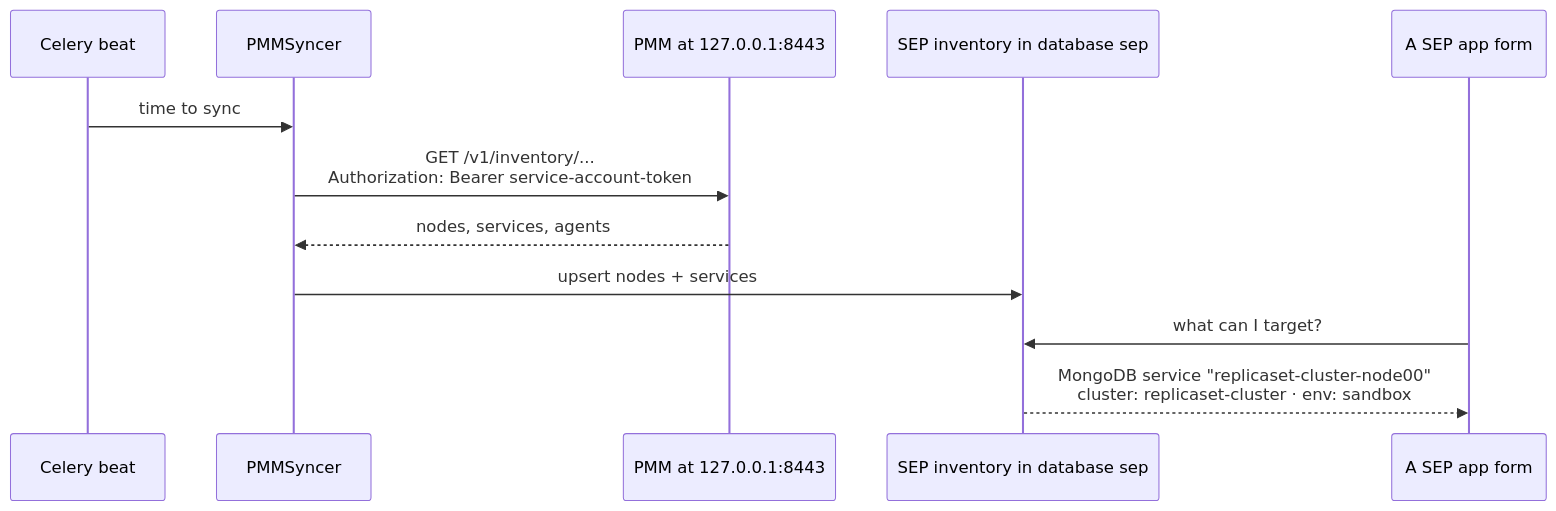
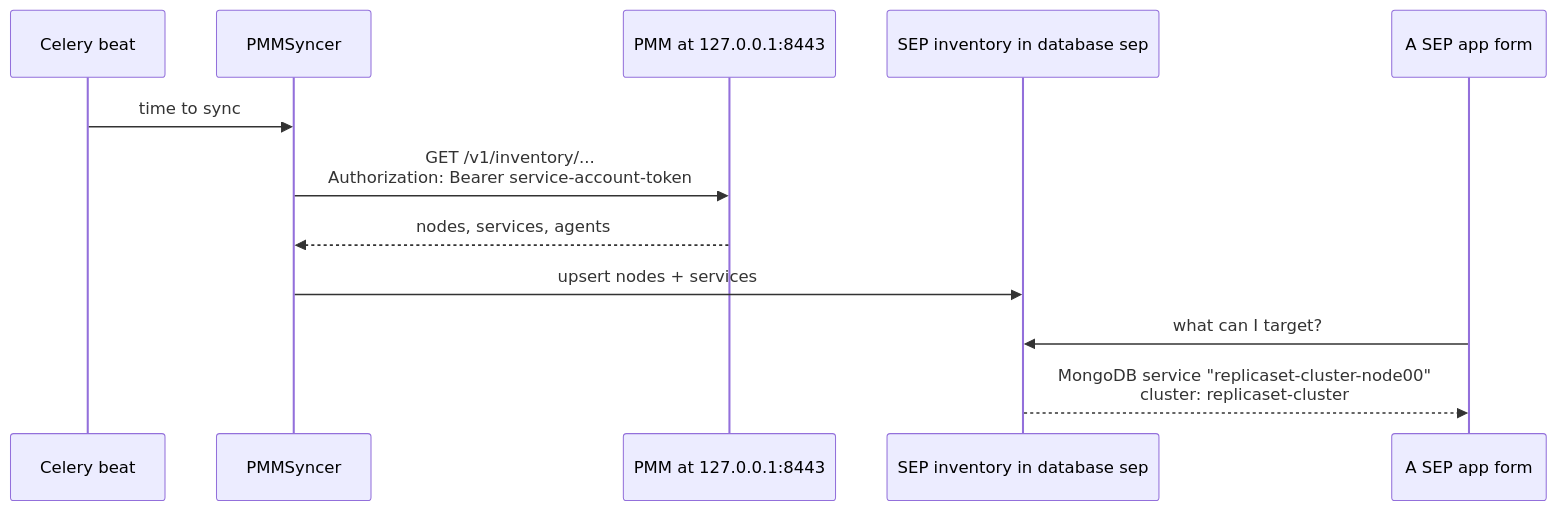
The eighth of 11 diagrams in docs/topology.md (Percona-Lab/pom-workspace), drawn with Mermaid before and after one commit. The commit also changed other lines of this file and 18 other files, not shown here.

````diff
--- a/docs/topology.md
+++ b/docs/topology.md
@@ -627,15 +606,15 @@
 ```mermaid
 sequenceDiagram
     participant C as Celery beat
     participant S as PMMSyncer
     participant P as PMM at 127.0.0.1:8443
     participant DB as SEP inventory in database sep
     participant F as A SEP app form
 
     C->>S: time to sync
     S->>P: GET /v1/inventory/...<br/>Authorization: Bearer service-account-token
     P-->>S: nodes, services, agents
     S->>DB: upsert nodes + services
     F->>DB: what can I target?
-    DB-->>F: MongoDB service "replicaset-cluster-node00"<br/>cluster: replicaset-cluster · env: sandbox
+    DB-->>F: MongoDB service "replicaset-cluster-node00"<br/>cluster: replicaset-cluster
 ```
````
